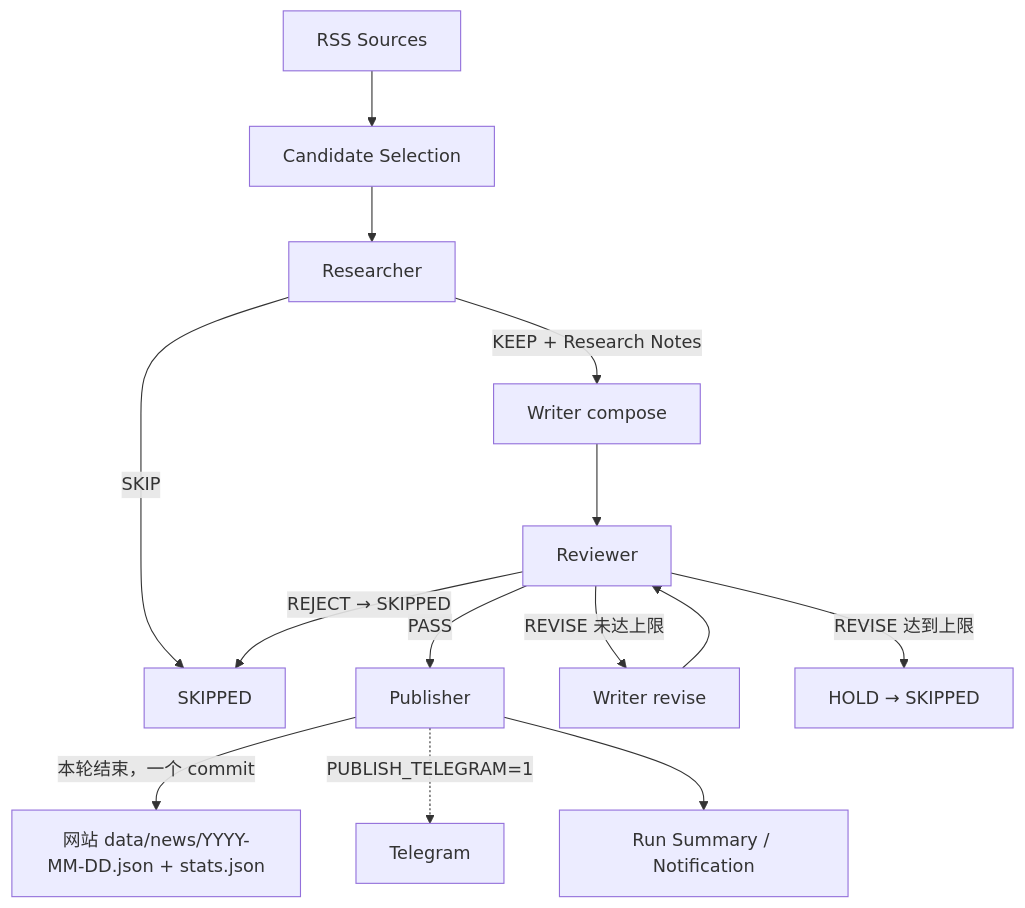
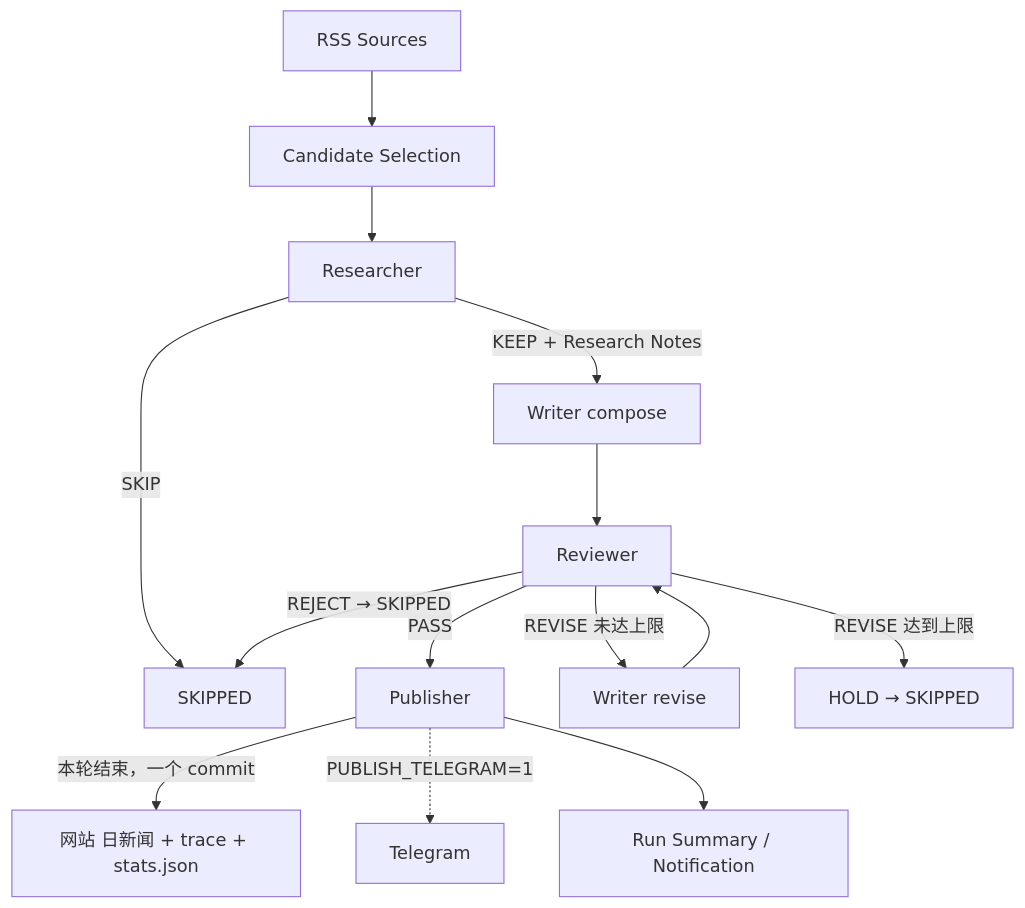
Before and after one commit to MartinKuai/chip-news-ai-workflow: the diagram in README.md, drawn with Mermaid. The commit also changed other lines of this file and 13 other files, not shown here.

````diff
--- a/README.md
+++ b/README.md
@@ -15,16 +15,16 @@
 ```mermaid
 flowchart TD
     A[RSS Sources] --> B[Candidate Selection]
     B --> C[Researcher]
     C -->|SKIP| Z[SKIPPED]
     C -->|KEEP + Research Notes| D[Writer compose]
     D --> E[Reviewer]
     E -->|PASS| F[Publisher]
     E -->|REVISE 未达上限| G[Writer revise]
     G --> E
     E -->|REVISE 达到上限| H[HOLD → SKIPPED]
     E -->|REJECT → SKIPPED| Z
-    F -->|本轮结束，一个 commit| W[网站 data/news/YYYY-MM-DD.json + stats.json]
+    F -->|本轮结束，一个 commit| W[网站 日新闻 + trace + stats.json]
     F -.->|PUBLISH_TELEGRAM=1| I[Telegram]
     F --> J[Run Summary / Notification]
 ```
````
